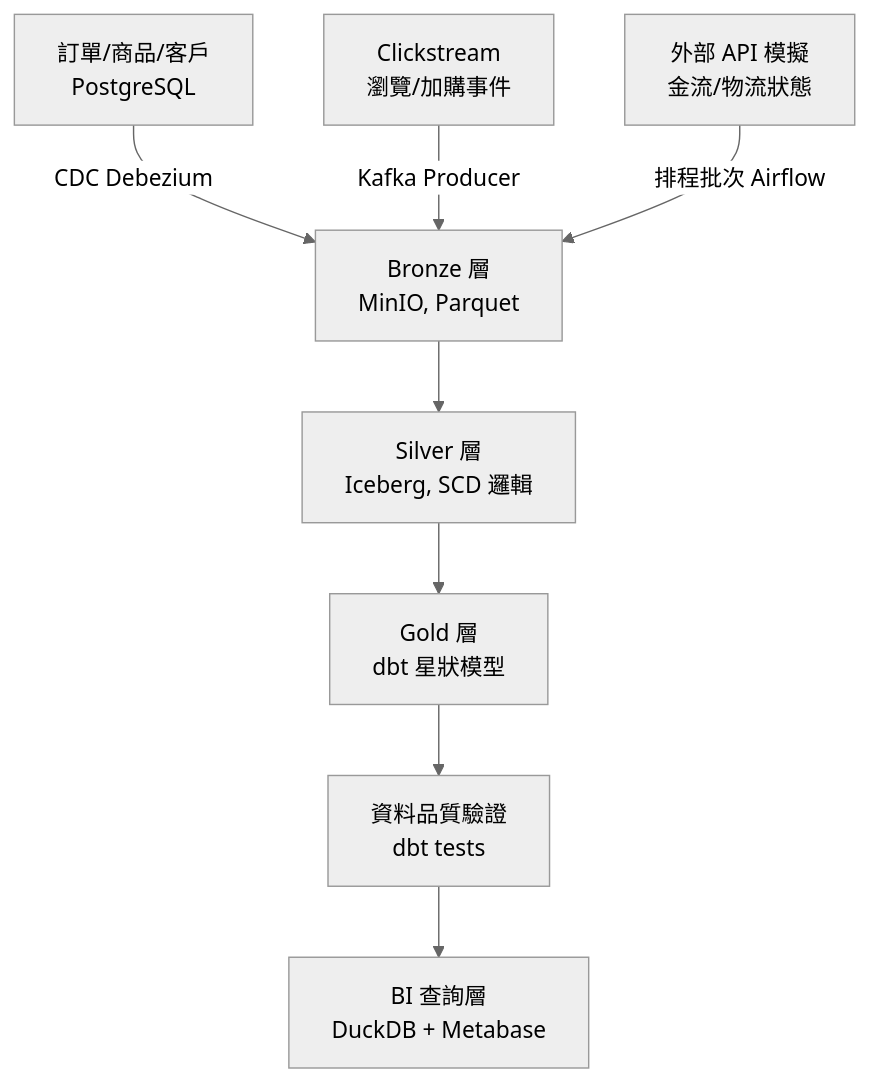
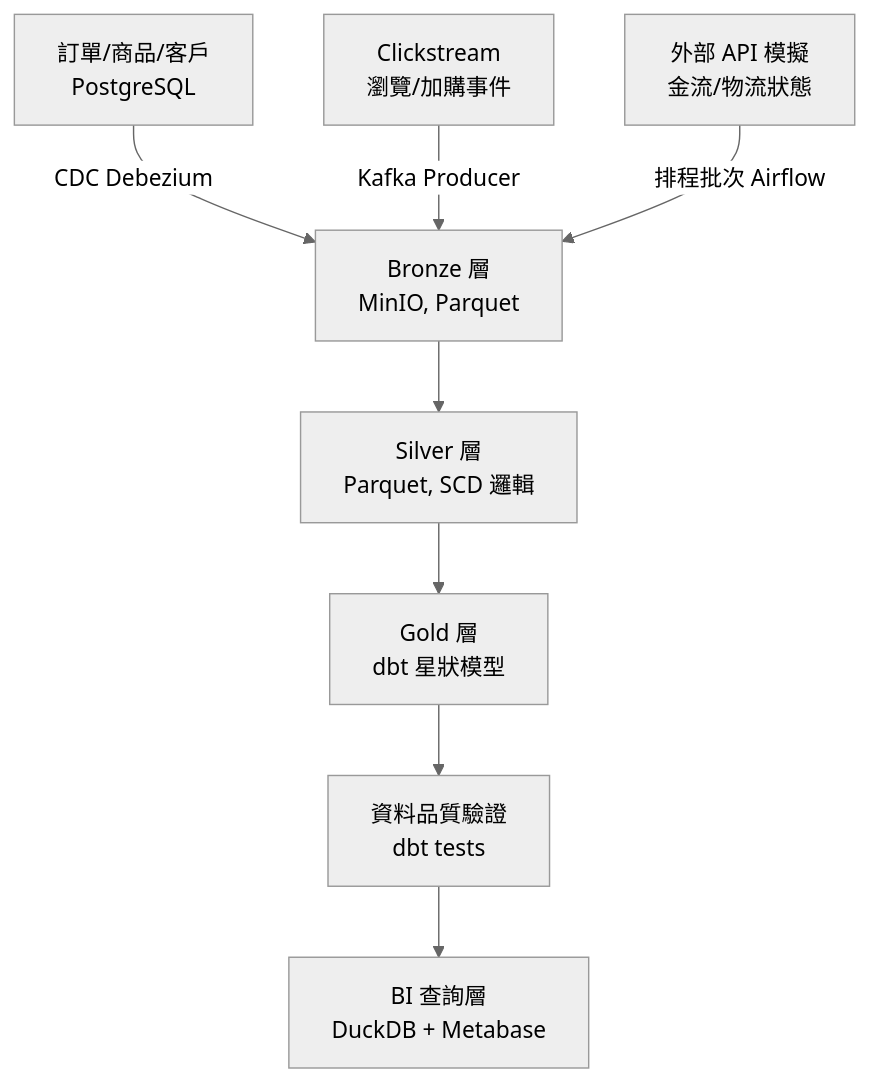
Before and after one commit to Brady-Huang/ecommerce-data-warehouse: the diagram in README.md, drawn with Mermaid (neutral theme). The commit also changed other lines of this file, not shown here.

Commit message:
Update README: finalize Stage 1 docs, clarify Gold layer storage, remove Iceberg reference

````diff
--- a/README.md
+++ b/README.md
@@ -15,16 +15,16 @@
 ```mermaid
 flowchart TD
     A["訂單/商品/客戶<br/>PostgreSQL"] -->|CDC Debezium| D
     B["Clickstream<br/>瀏覽/加購事件"] -->|Kafka Producer| D
     C["外部 API 模擬<br/>金流/物流狀態"] -->|排程批次 Airflow| D
 
     D["Bronze 層<br/>MinIO, Parquet"] --> E
 
-    E["Silver 層<br/>Iceberg, SCD 邏輯"] --> F
+    E["Silver 層<br/>Parquet, SCD 邏輯"] --> F
 
     F["Gold 層<br/>dbt 星狀模型"] --> G
 
     G["資料品質驗證<br/>dbt tests"] --> H
 
     H["BI 查詢層<br/>DuckDB + Metabase"]
 ```
````
